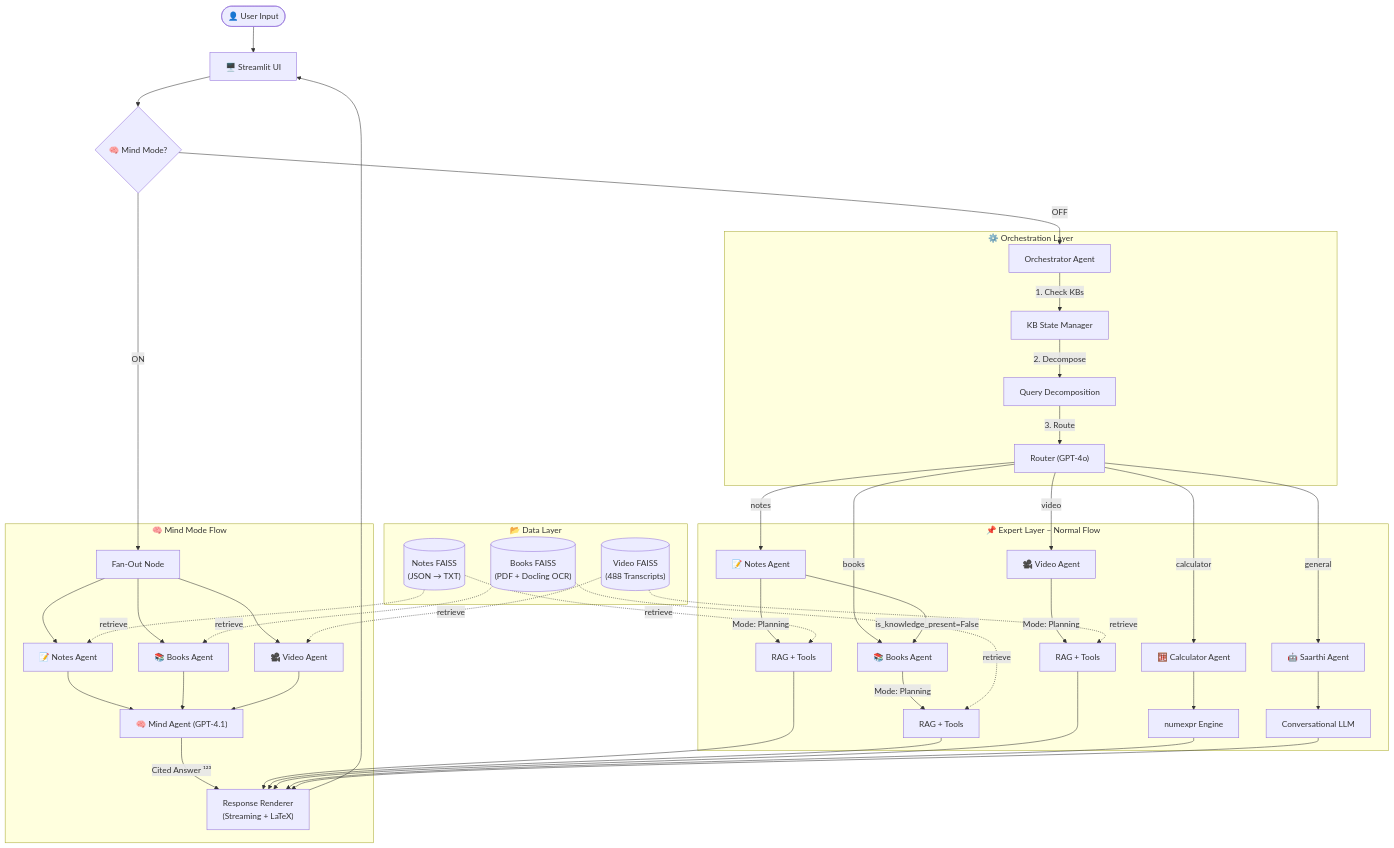
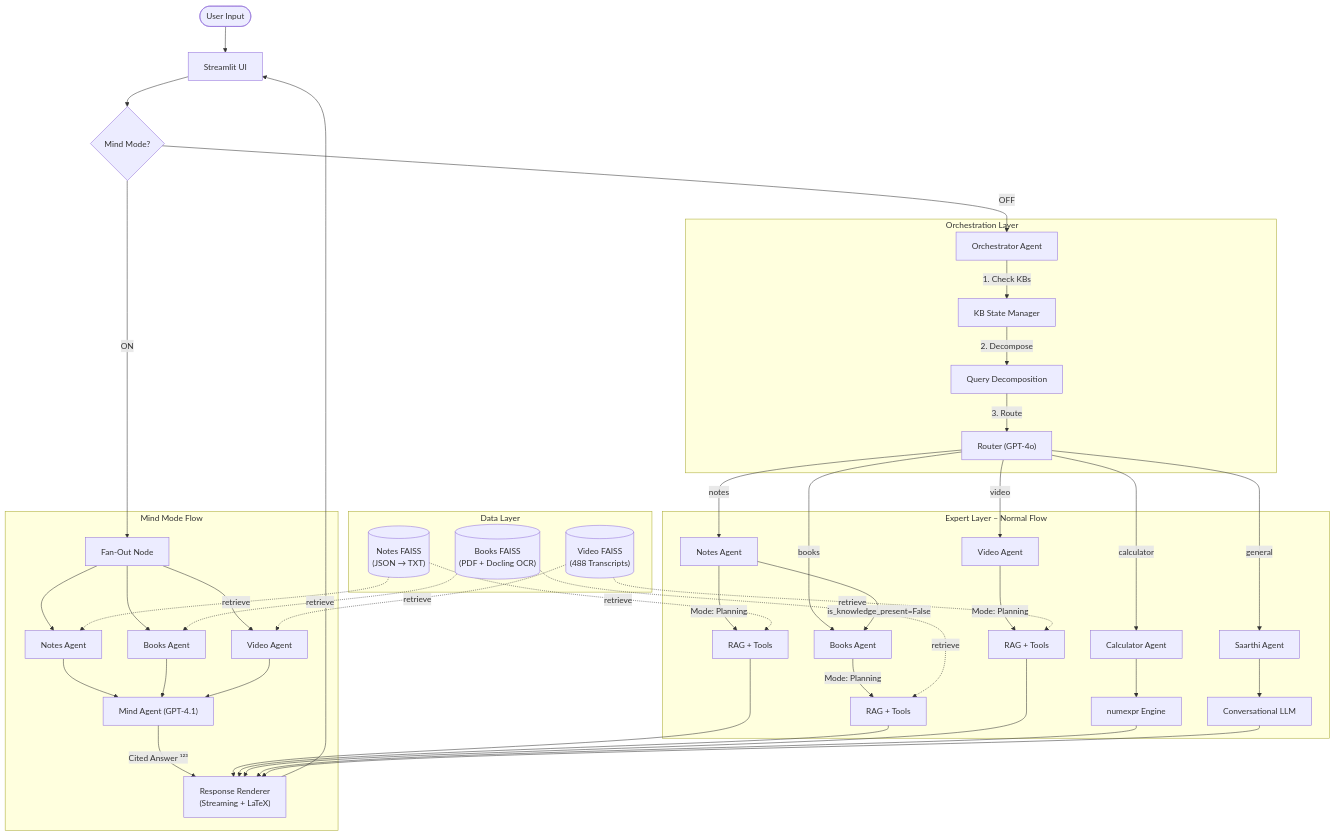
One commit to saarthi-AI-eng/Hello-Saarthi changed the diagram in architecture/diagram.mermaid. Above: the diagram before and after it, drawn with Mermaid. The commit also changed 8 other files, not shown here.

```diff
--- a/architecture/diagram.mermaid
+++ b/architecture/diagram.mermaid
@@ -1,55 +1,55 @@
 graph TD
-    User(["👤 User Input"]) --> UI["🖥️ Streamlit UI"]
-    UI --> Toggle{"🧠 Mind Mode?"}
+    User([" User Input"]) --> UI[" Streamlit UI"]
+    UI --> Toggle{" Mind Mode?"}
 
     Toggle -->|OFF| Orchestrator
     Toggle -->|ON| FanOut
 
-    subgraph "⚙️ Orchestration Layer"
+    subgraph "️ Orchestration Layer"
         Orchestrator["Orchestrator Agent"] -->|"1. Check KBs"| KB_Manager["KB State Manager"]
         KB_Manager -->|"2. Decompose"| Decomp["Query Decomposition"]
         Decomp -->|"3. Route"| Router["Router (GPT-4o)"]
     end
 
-    subgraph "📌 Expert Layer – Normal Flow"
-        Router -->|notes| N["📝 Notes Agent"]
-        Router -->|books| B["📚 Books Agent"]
-        Router -->|video| V["🎥 Video Agent"]
-        Router -->|calculator| C["🧮 Calculator Agent"]
-        Router -->|general| S["🤖 Saarthi Agent"]
+    subgraph " Expert Layer – Normal Flow"
+        Router -->|notes| N[" Notes Agent"]
+        Router -->|books| B[" Books Agent"]
+        Router -->|video| V[" Video Agent"]
+        Router -->|calculator| C[" Calculator Agent"]
+        Router -->|general| S[" Saarthi Agent"]
 
         N -->|"is_knowledge_present=False"| B
 
         N -->|"Mode: Planning"| N_RAG["RAG + Tools"]
         B -->|"Mode: Planning"| B_RAG["RAG + Tools"]
         V -->|"Mode: Planning"| V_RAG["RAG + Tools"]
         C --> C_TOOL["numexpr Engine"]
         S --> S_LLM["Conversational LLM"]
     end
 
-    subgraph "🧠 Mind Mode Flow"
-        FanOut["Fan-Out Node"] --> MN["📝 Notes Agent"]
-        FanOut --> MB["📚 Books Agent"]
-        FanOut --> MV["🎥 Video Agent"]
-        MN --> Mind["🧠 Mind Agent (GPT-4.1)"]
+    subgraph " Mind Mode Flow"
+        FanOut["Fan-Out Node"] --> MN[" Notes Agent"]
+        FanOut --> MB[" Books Agent"]
+        FanOut --> MV[" Video Agent"]
+        MN --> Mind[" Mind Agent (GPT-4.1)"]
         MB --> Mind
         MV --> Mind
         Mind -->|"Cited Answer ¹²³"| Synth
     end
 
-    subgraph "📂 Data Layer"
+    subgraph " Data Layer"
         NKB[("Notes FAISS\n(JSON → TXT)")] -.->|retrieve| N_RAG
         BKB[("Books FAISS\n(PDF + Docling OCR)")] -.->|retrieve| B_RAG
         VKB[("Video FAISS\n(488 Transcripts)")] -.->|retrieve| V_RAG
 
         NKB -.->|retrieve| MN
         BKB -.->|retrieve| MB
         VKB -.->|retrieve| MV
     end
 
     N_RAG --> Synth["Response Renderer\n(Streaming + LaTeX)"]
     B_RAG --> Synth
     V_RAG --> Synth
     C_TOOL --> Synth
     S_LLM --> Synth
     Synth --> UI
```
